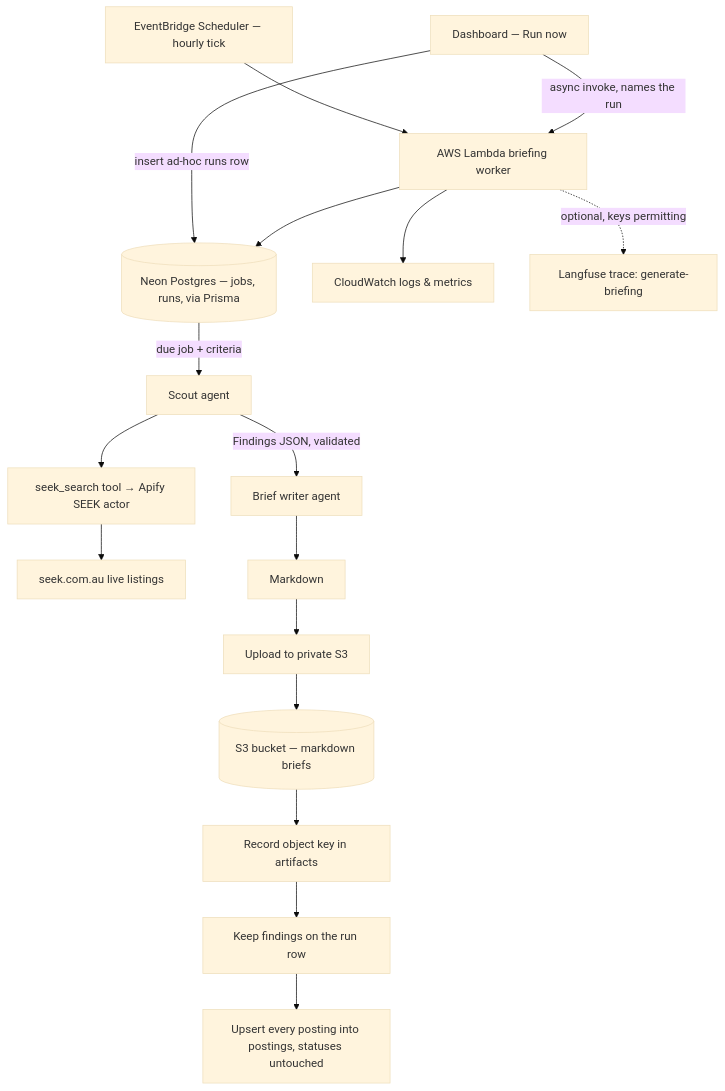
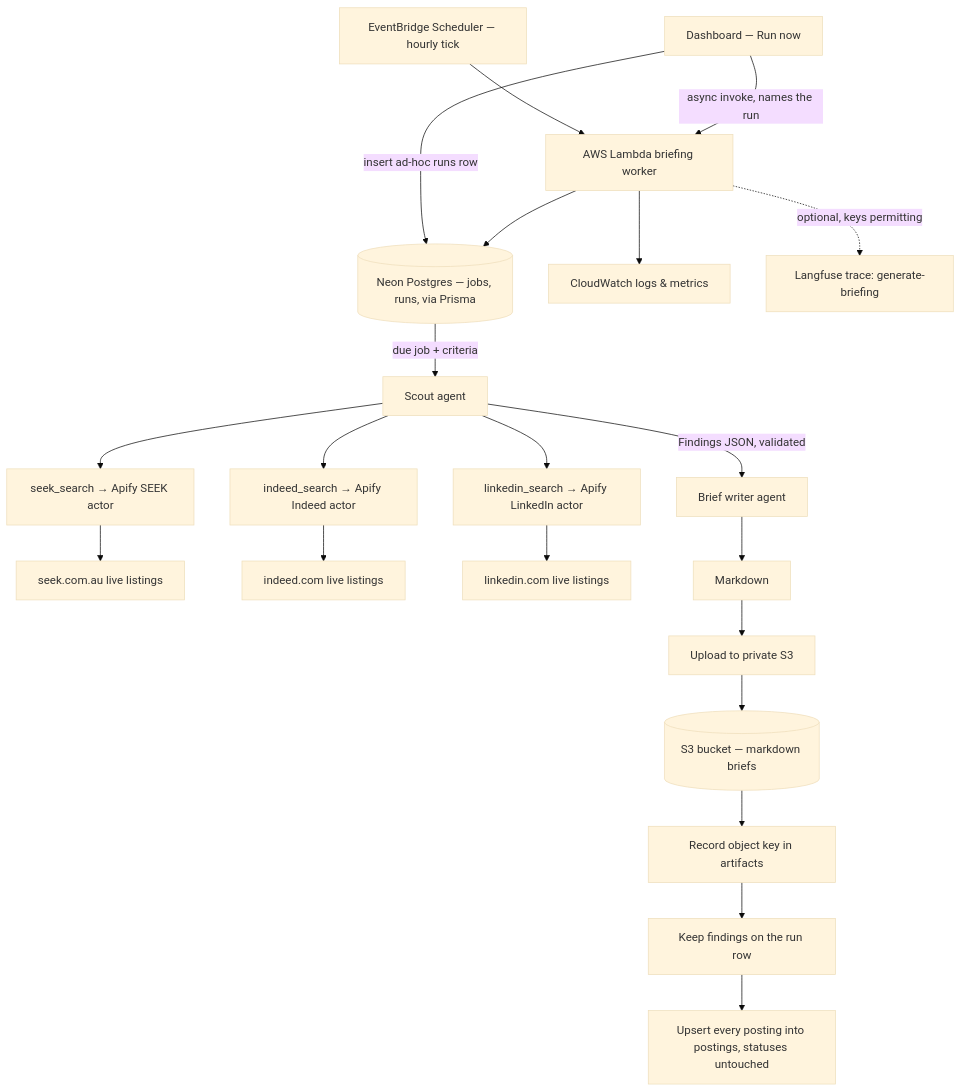
One commit to sunnyeyles/control-panel changed the first of 2 diagrams in OVERVIEW.md. Above: the diagram before and after it, drawn with Mermaid (base theme). The commit also changed other lines of this file and 9 other files, not shown here.

````diff
--- a/OVERVIEW.md
+++ b/OVERVIEW.md
@@ -85,19 +89,23 @@
 ```mermaid
 flowchart TD
     E[EventBridge Scheduler — hourly tick] --> F[AWS Lambda briefing worker]
     B2[Dashboard — Run now] -->|insert ad-hoc runs row| D
     B2 -->|async invoke, names the run| F
     F --> D[(Neon Postgres — jobs, runs, via Prisma)]
     D -->|due job + criteria| G[Scout agent]
-    G --> T[seek_search tool → Apify SEEK actor]
-    T --> X[seek.com.au live listings]
+    G --> T1[seek_search → Apify SEEK actor]
+    G --> T2[indeed_search → Apify Indeed actor]
+    G --> T3[linkedin_search → Apify LinkedIn actor]
+    T1 --> X1[seek.com.au live listings]
+    T2 --> X2[indeed.com live listings]
+    T3 --> X3[linkedin.com live listings]
     G -->|Findings JSON, validated| L[Brief writer agent]
     L --> Z[Markdown]
     Z --> U[Upload to private S3]
     U --> V[(S3 bucket — markdown briefs)]
     V --> W[Record object key in artifacts]
     W --> K[Keep findings on the run row]
     K --> PT[Upsert every posting into postings, statuses untouched]
     F --> CW[CloudWatch logs & metrics]
     F -.->|optional, keys permitting| LF[Langfuse trace: generate-briefing]
 ```
````
